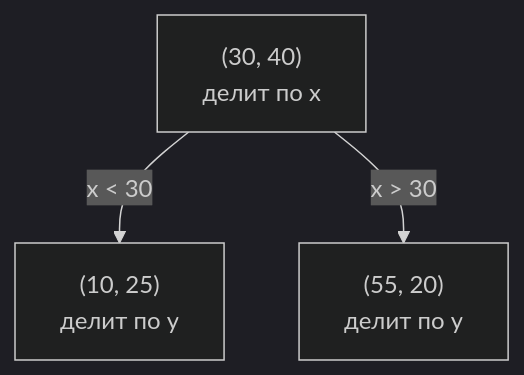
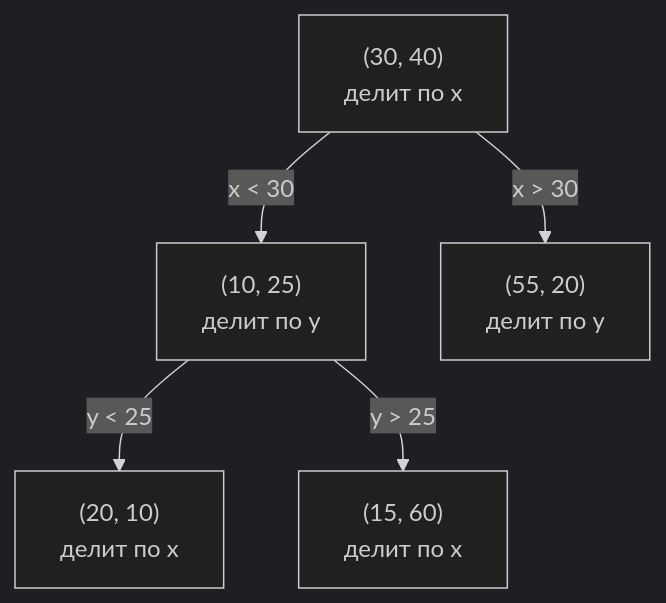
The first of 3 diagrams in docs/algorithms/kd-dom-ast.md (EvgeniiIvanov/algo), drawn with Mermaid (dark theme) before and after one commit. The commit also changed other lines of this file and 3 other files, not shown here.

Commit message:
fix(quiz): correct DOM wording, KD diagram and weak regression check in kd-dom-ast module

````diff
--- a/docs/algorithms/kd-dom-ast.md
+++ b/docs/algorithms/kd-dom-ast.md
@@ -27,5 +27,7 @@
 ```mermaid
 flowchart TD
     A["(30, 40)<br>делит по x"] -->|"x &lt; 30"| B["(10, 25)<br>делит по y"]
     A -->|"x &gt; 30"| C["(55, 20)<br>делит по y"]
+    B -->|"y &lt; 25"| D["(20, 10)<br>делит по x"]
+    B -->|"y &gt; 25"| E["(15, 60)<br>делит по x"]
 ```
````
